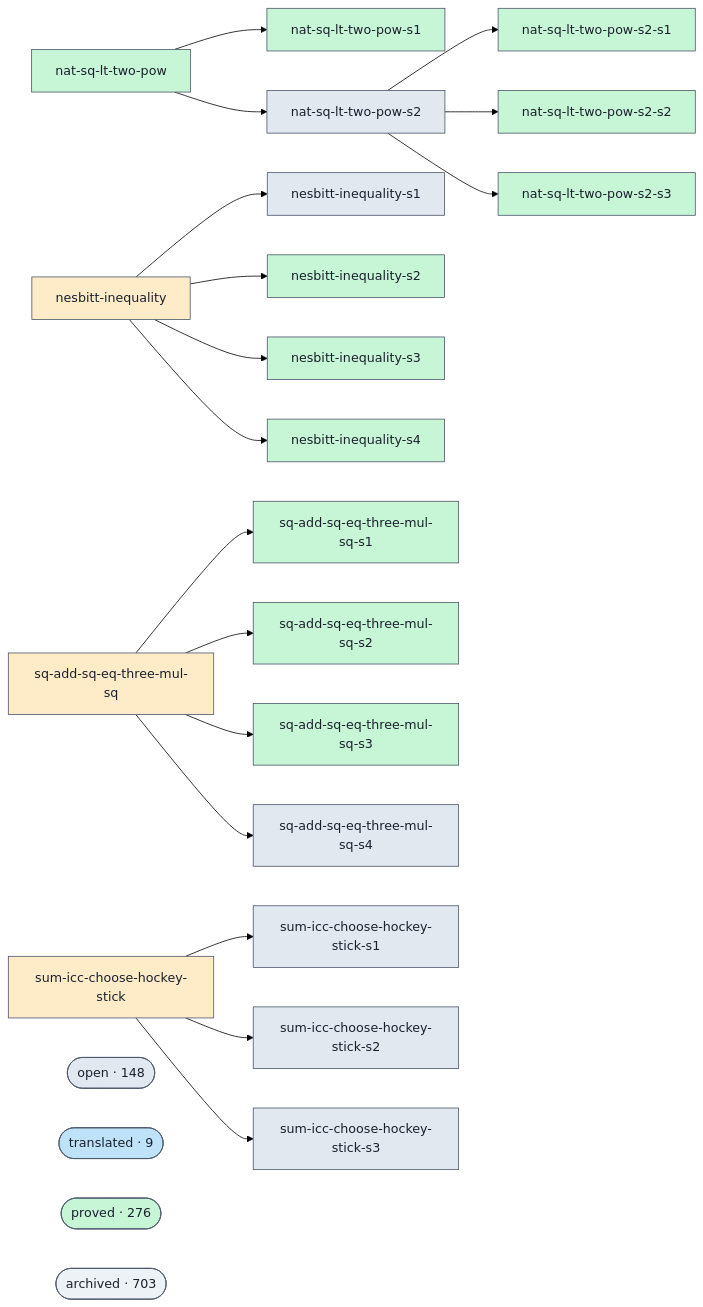
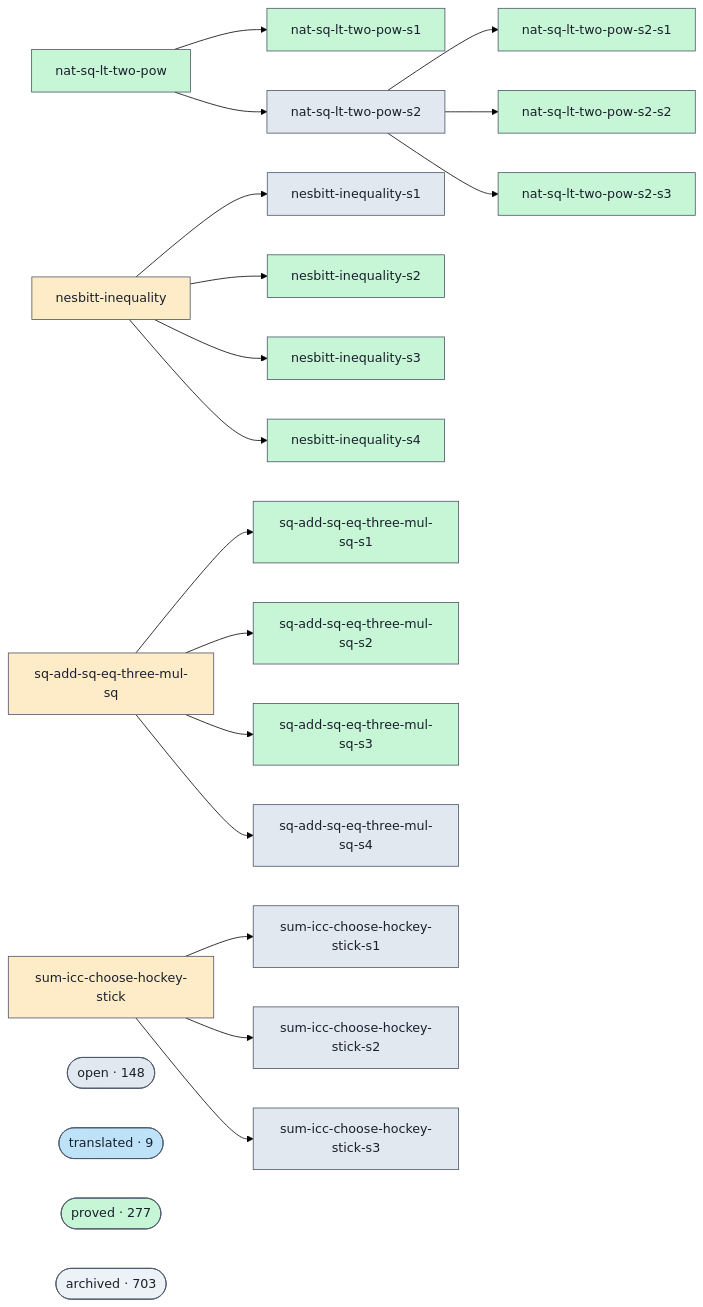
The diagram in docs/proofs-contributors-visualisation.md (ohdearquant/unsorry), drawn with Mermaid (forest theme) before and after one commit. The commit also changed other lines of this file and 2 other files, not shown here.

```diff
--- a/docs/proofs-contributors-visualisation.md
+++ b/docs/proofs-contributors-visualisation.md
@@ -102,7 +102,7 @@
   class cluster_open open;
   cluster_translated(["translated · 9"])
   class cluster_translated translated;
-  cluster_proved(["proved · 276"])
+  cluster_proved(["proved · 277"])
   class cluster_proved proved;
   cluster_archived(["archived · 703"])
   class cluster_archived unknown;
```
